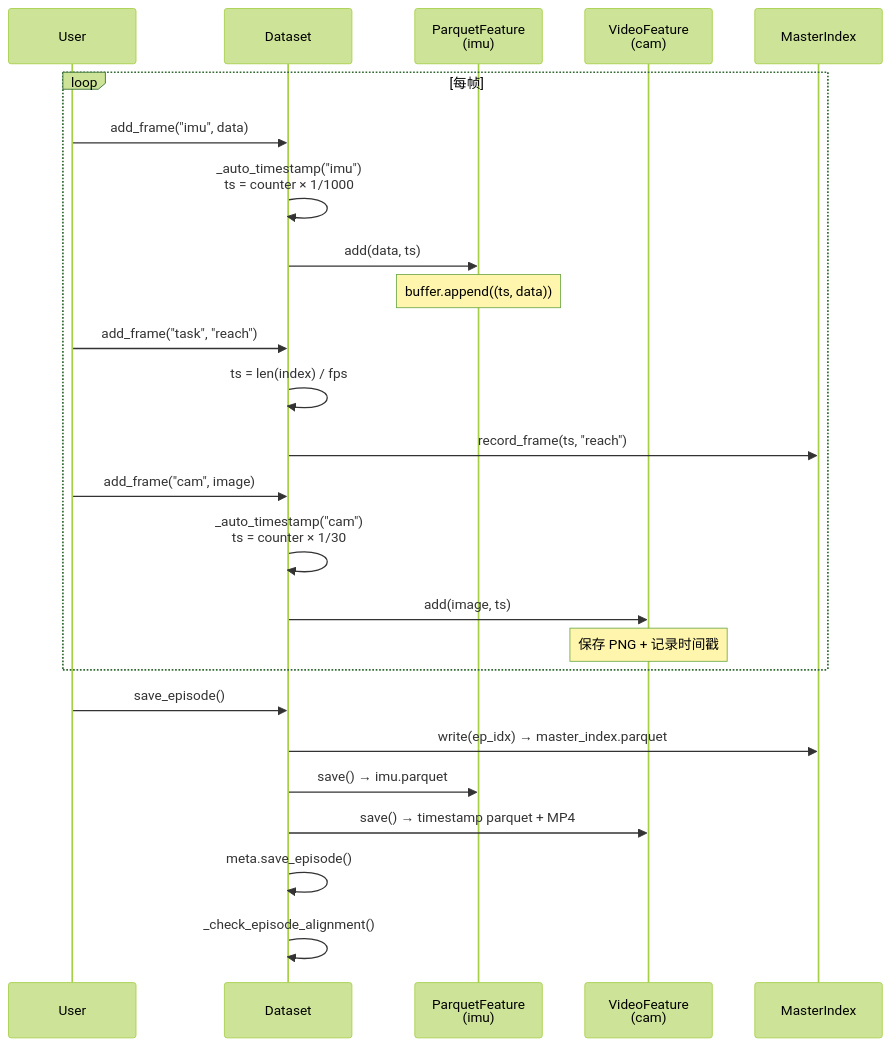
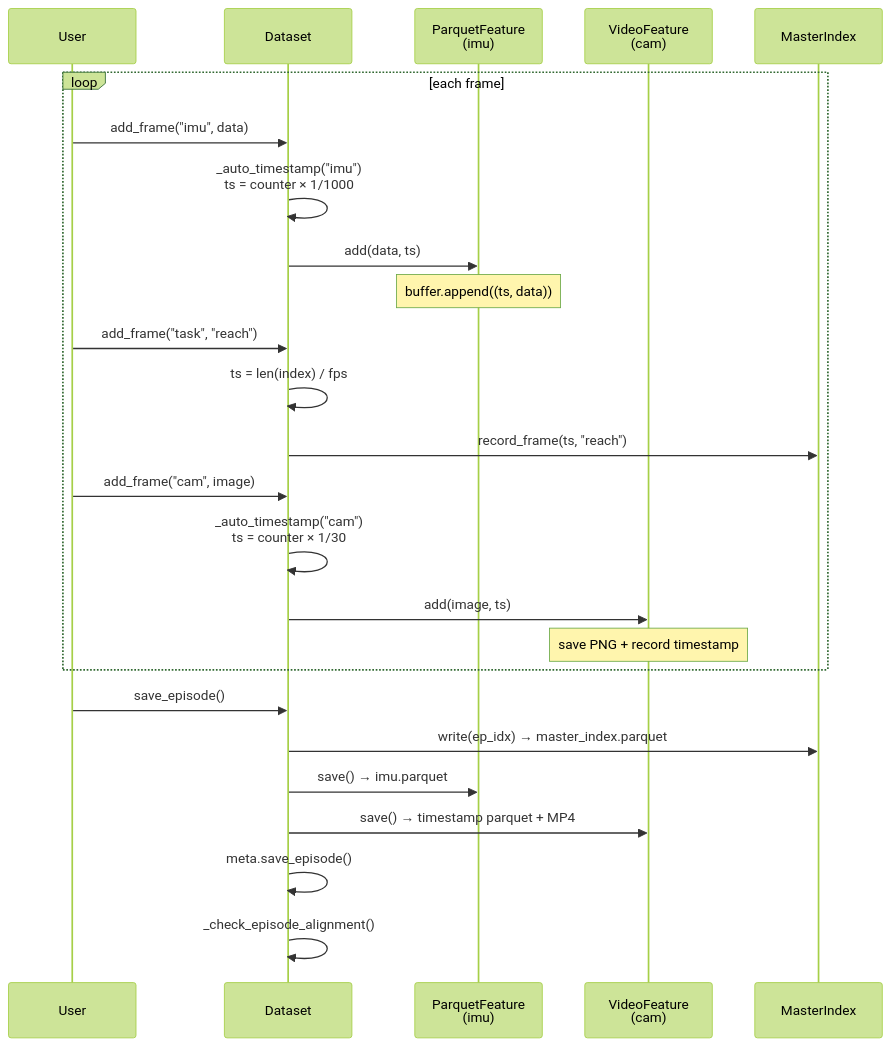
One commit to Koorye/Multi-Frequency-LeRobot changed the third of 4 diagrams in README.md. Above: the diagram before and after it, drawn with Mermaid (forest theme). The commit also changed other lines of this file and 10 other files, not shown here.

````diff
--- a/README.md
+++ b/README.md
@@ -222,31 +222,31 @@
 ```mermaid
 sequenceDiagram
     participant User
     participant DS as Dataset
     participant PF as ParquetFeature<br/>(imu)
     participant VF as VideoFeature<br/>(cam)
     participant IX as MasterIndex
 
-    loop 每帧
+    loop each frame
         User->>DS: add_frame("imu", data)
         DS->>DS: _auto_timestamp("imu")<br/>ts = counter × 1/1000
         DS->>PF: add(data, ts)
         Note over PF: buffer.append((ts, data))
 
         User->>DS: add_frame("task", "reach")
         DS->>DS: ts = len(index) / fps
         DS->>IX: record_frame(ts, "reach")
 
         User->>DS: add_frame("cam", image)
         DS->>DS: _auto_timestamp("cam")<br/>ts = counter × 1/30
         DS->>VF: add(image, ts)
-        Note over VF: 保存 PNG + 记录时间戳
+        Note over VF: save PNG + record timestamp
     end
 
     User->>DS: save_episode()
     DS->>IX: write(ep_idx) → master_index.parquet
     DS->>PF: save() → imu.parquet
     DS->>VF: save() → timestamp parquet + MP4
     DS->>DS: meta.save_episode()
     DS->>DS: _check_episode_alignment()
 ```
````
